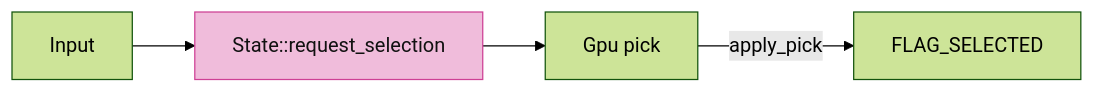
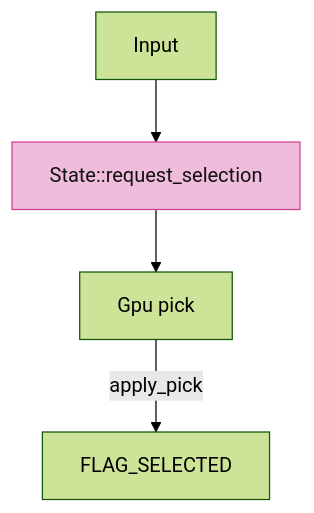
Before and after one commit to petrasvestartas/session: diagram 15 of 19 in session_viewer/docs/12-picking.md, drawn with Mermaid (forest theme). The commit also changed other lines of this file and 34 other files, not shown here.

First line of the commit message:
Course: each lesson teaches its file's final form; diagrams fit the column

````diff
--- a/session_viewer/docs/12-picking.md
+++ b/session_viewer/docs/12-picking.md
@@ -342,5 +345,7 @@
 ```mermaid
-flowchart LR
-    I["Input"] --> R["State::request_selection"] --> G["Gpu pick"] -- "apply_pick" --> F["FLAG_SELECTED"]
+flowchart TB
+    I["Input"] --> R["State::request_selection"]
+    R --> G["Gpu pick"]
+    G -- "apply_pick" --> F["FLAG_SELECTED"]
     style R fill:#f0bcdb,stroke:#ce4095,color:#111
 ```
````
